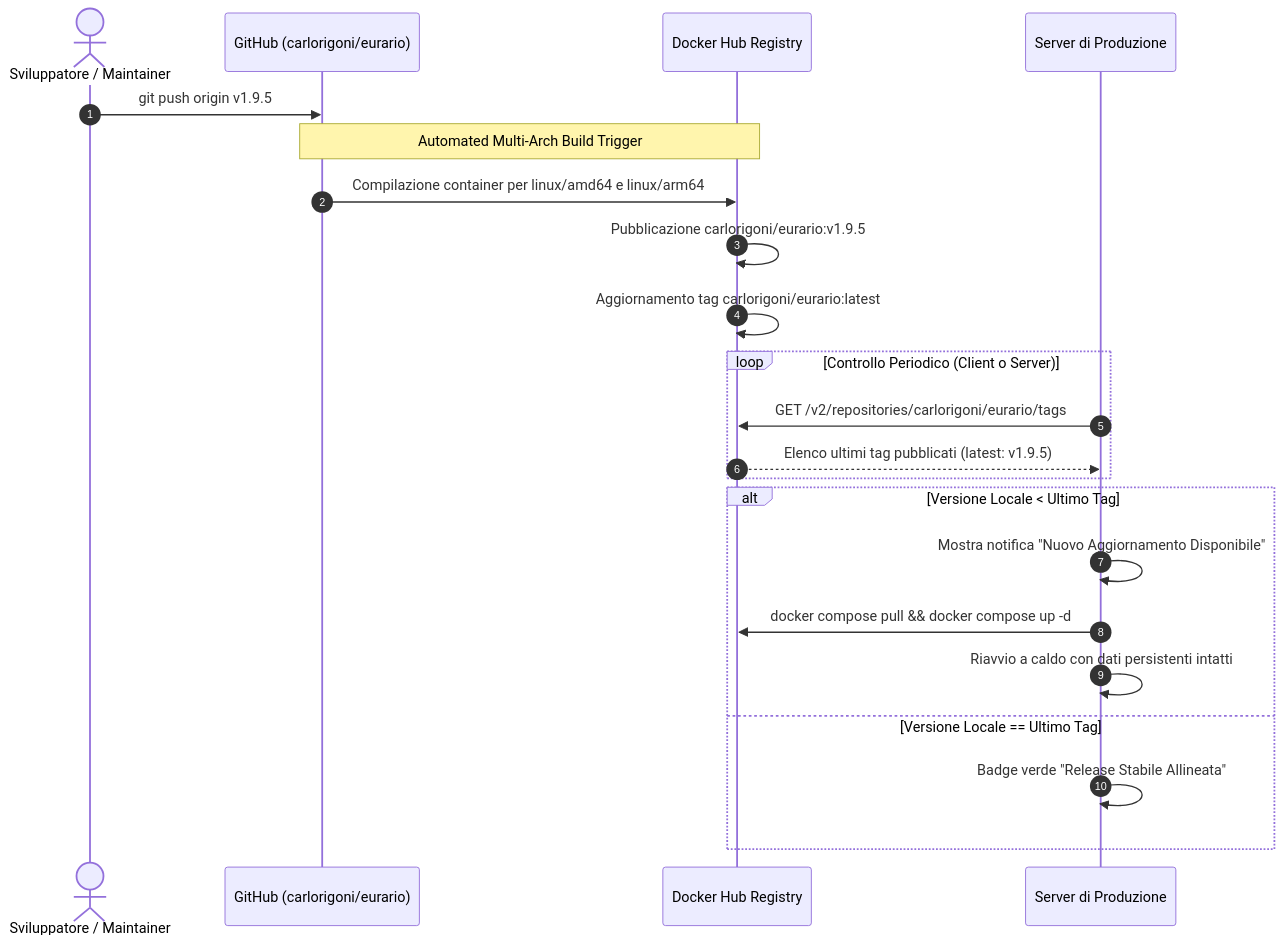
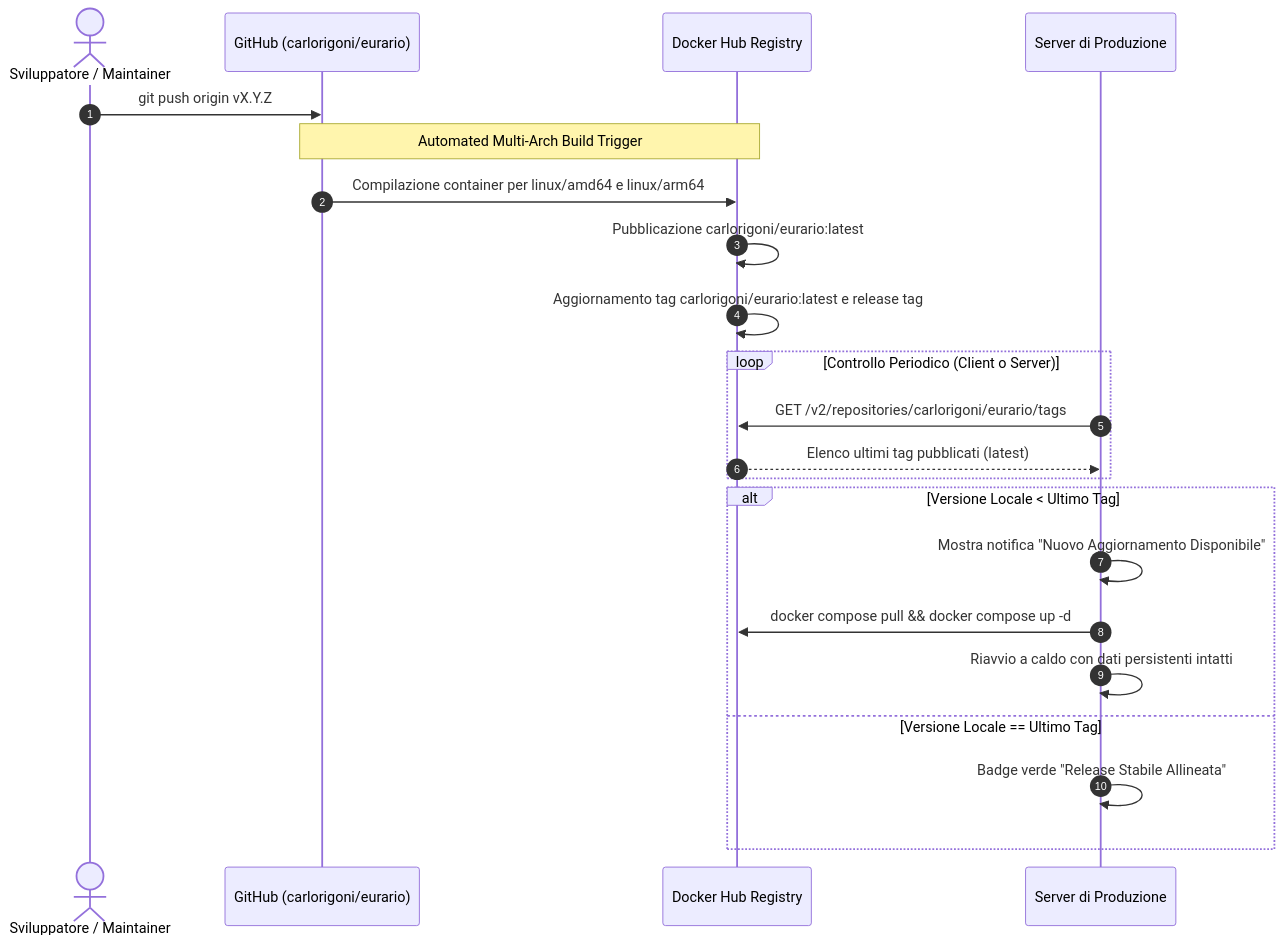
The third of 4 diagrams in docs/architecture.md (carlorigoni/eurario), drawn with Mermaid before and after one commit. The commit also changed 7 other files, not shown here.

````diff
--- a/docs/architecture.md
+++ b/docs/architecture.md
@@ -160,27 +160,27 @@
 ```mermaid
 sequenceDiagram
     autonumber
     actor Dev as Sviluppatore / Maintainer
     participant Git as GitHub (carlorigoni/eurario)
     participant Hub as Docker Hub Registry
     participant Prod as Server di Produzione
 
-    Dev->>Git: git push origin v1.9.5
+    Dev->>Git: git push origin vX.Y.Z
     Note over Git,Hub: Automated Multi-Arch Build Trigger
     Git->>Hub: Compilazione container per linux/amd64 e linux/arm64
-    Hub->>Hub: Pubblicazione carlorigoni/eurario:v1.9.5
-    Hub->>Hub: Aggiornamento tag carlorigoni/eurario:latest
+    Hub->>Hub: Pubblicazione carlorigoni/eurario:latest
+    Hub->>Hub: Aggiornamento tag carlorigoni/eurario:latest e release tag
 
     loop Controllo Periodico (Client o Server)
         Prod->>Hub: GET /v2/repositories/carlorigoni/eurario/tags
-        Hub-->>Prod: Elenco ultimi tag pubblicati (latest: v1.9.5)
+        Hub-->>Prod: Elenco ultimi tag pubblicati (latest)
     end
 
     alt Versione Locale < Ultimo Tag
         Prod->>Prod: Mostra notifica "Nuovo Aggiornamento Disponibile"
         Prod->>Hub: docker compose pull && docker compose up -d
         Prod->>Prod: Riavvio a caldo con dati persistenti intatti
     else Versione Locale == Ultimo Tag
         Prod->>Prod: Badge verde "Release Stabile Allineata"
     end
 ```
````
